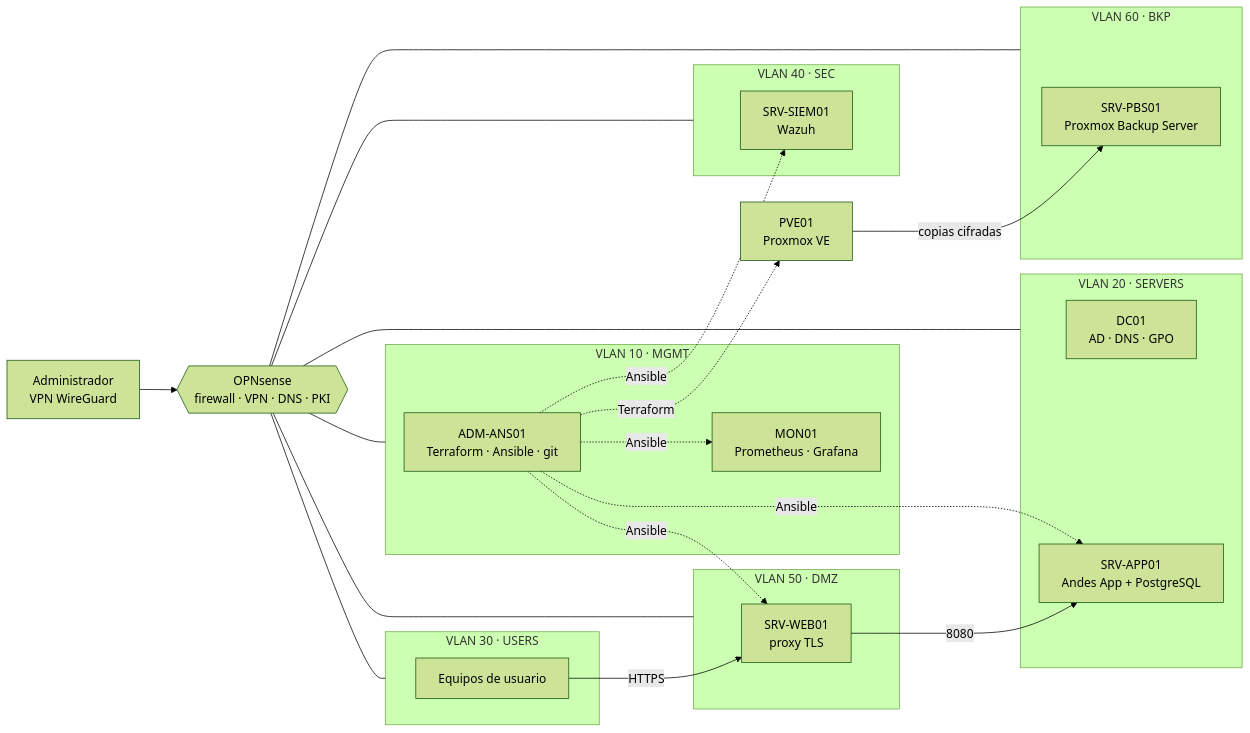
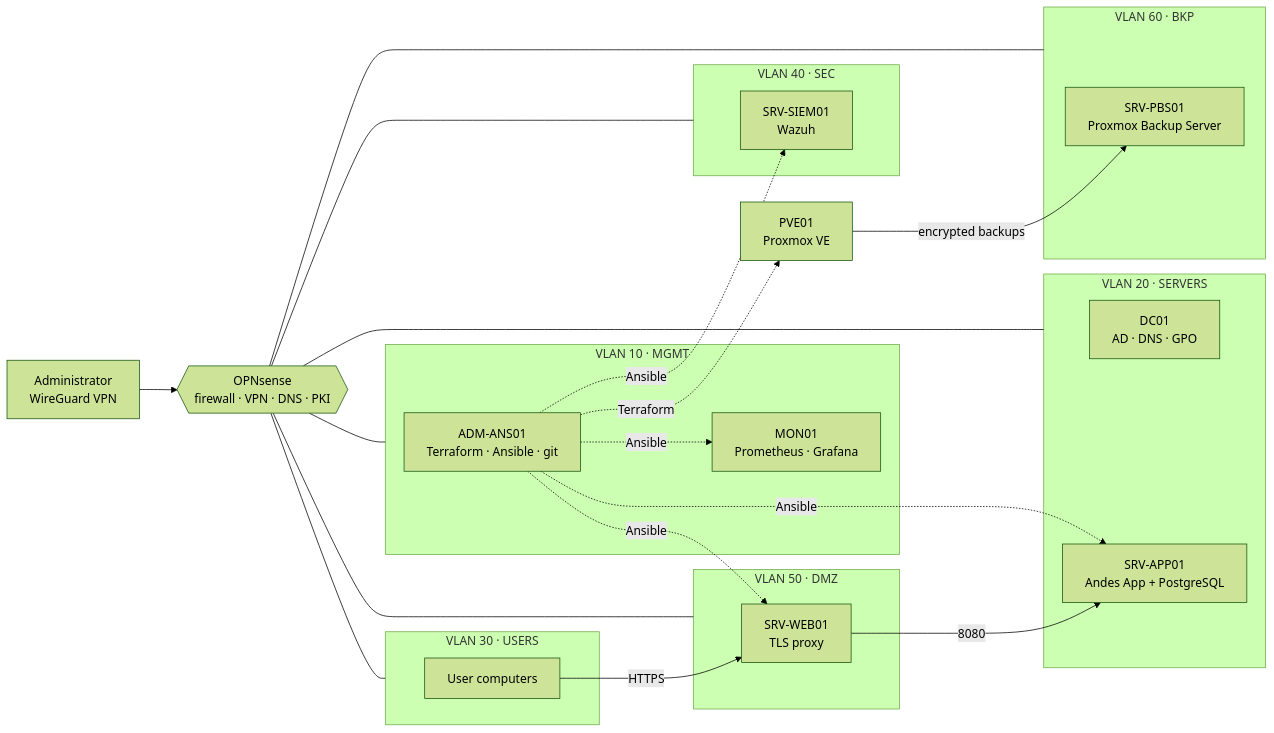
The diagram in README.md (GUAR-NIX/ANDES-HOMELAB), drawn with Mermaid (forest theme) before and after one commit. The commit also changed other lines of this file and 6 other files, not shown here.

````diff
--- a/README.md
+++ b/README.md
@@ -71,29 +132,29 @@
 ```mermaid
 flowchart LR
-  ADMIN["Administrador<br/>VPN WireGuard"] --> FW{{"OPNsense<br/>firewall · VPN · DNS · PKI"}}
+  ADMIN["Administrator<br/>WireGuard VPN"] --> FW{{"OPNsense<br/>firewall · VPN · DNS · PKI"}}
   FW --- MGMT & SERVERS & USERS & SEC & DMZ & BKP
   subgraph MGMT["VLAN 10 · MGMT"]
     ADM["ADM-ANS01<br/>Terraform · Ansible · git"]
     MON["MON01<br/>Prometheus · Grafana"]
   end
   subgraph SERVERS["VLAN 20 · SERVERS"]
     DC["DC01<br/>AD · DNS · GPO"]
     APP["SRV-APP01<br/>Andes App + PostgreSQL"]
   end
   subgraph USERS["VLAN 30 · USERS"]
-    CLI["Equipos de usuario"]
+    CLI["User computers"]
   end
   subgraph SEC["VLAN 40 · SEC"]
     SIEM["SRV-SIEM01<br/>Wazuh"]
   end
   subgraph DMZ["VLAN 50 · DMZ"]
-    WEB["SRV-WEB01<br/>proxy TLS"]
+    WEB["SRV-WEB01<br/>TLS proxy"]
   end
   subgraph BKP["VLAN 60 · BKP"]
     PBS["SRV-PBS01<br/>Proxmox Backup Server"]
   end
   CLI -- HTTPS --> WEB -- 8080 --> APP
   ADM -. Terraform .-> PVE["PVE01<br/>Proxmox VE"]
   ADM -. Ansible .-> APP & WEB & MON & SIEM
-  PVE -- copias cifradas --> PBS
+  PVE -- encrypted backups --> PBS
 ```
````
